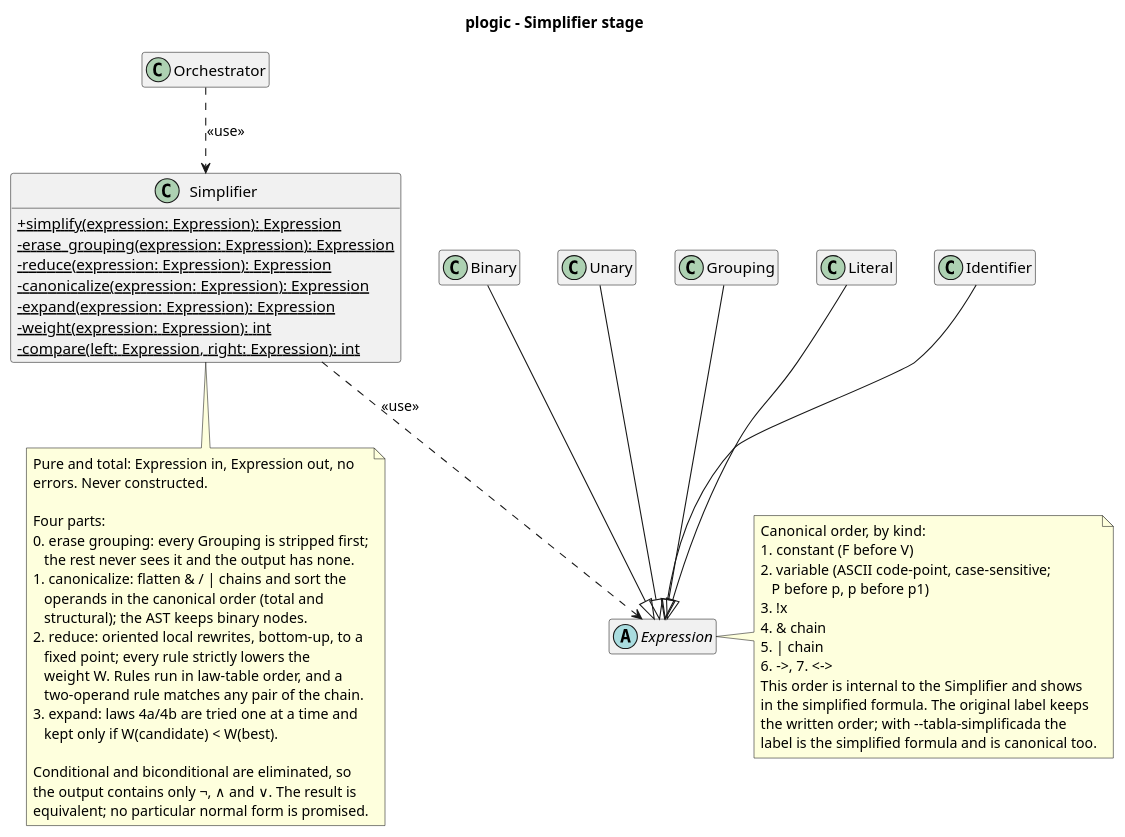
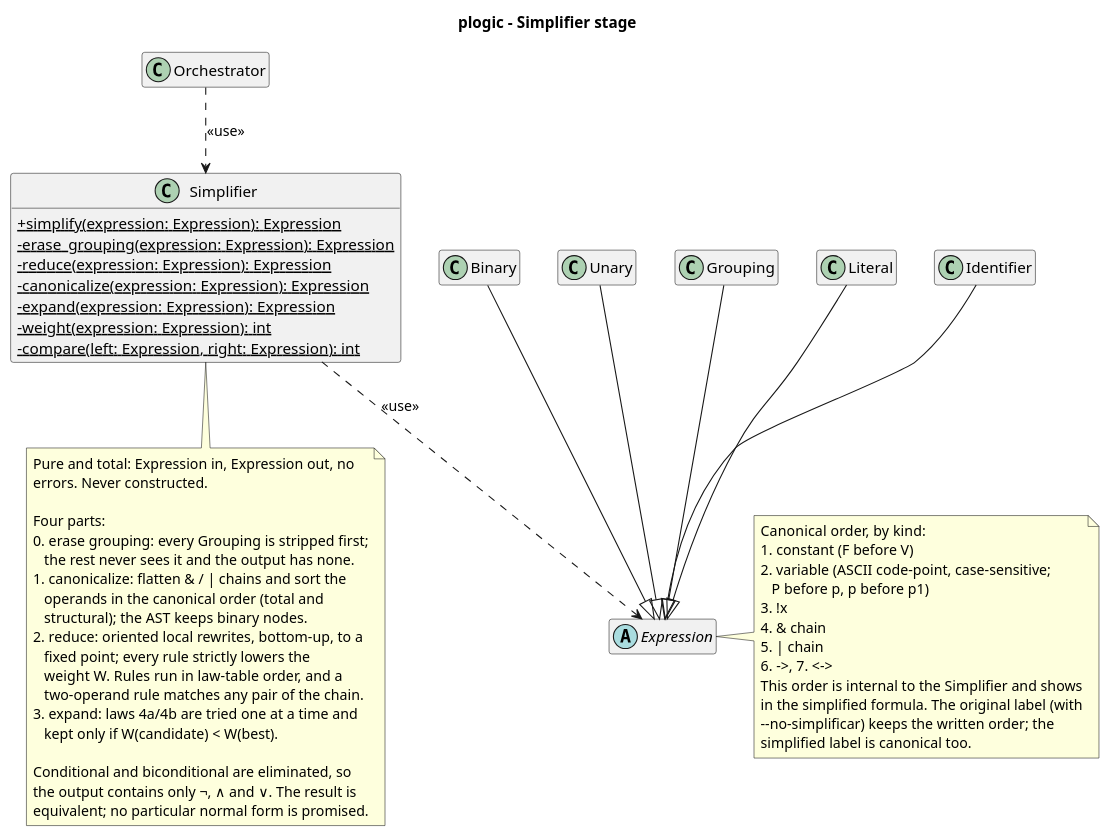
Before and after one commit to Josgtg/plogic: the diagram in design/diagrams/simplifier_class.puml, drawn with PlantUML. The commit also changed 14 other files, not shown here.

```diff
--- a/design/diagrams/simplifier_class.puml
+++ b/design/diagrams/simplifier_class.puml
@@ -1,77 +1,77 @@
 @startuml simplifier_class
 title plogic - Simplifier stage
 
 skinparam classAttributeIconSize 0
 hide empty members
 
 class Orchestrator
 
 class Simplifier {
   +{static} simplify(expression: Expression): Expression
   -{static} erase_grouping(expression: Expression): Expression
   -{static} reduce(expression: Expression): Expression
   -{static} canonicalize(expression: Expression): Expression
   -{static} expand(expression: Expression): Expression
   -{static} weight(expression: Expression): int
   -{static} compare(left: Expression, right: Expression): int
 }
 
 abstract class Expression
 
 class Binary
 
 class Unary
 
 class Grouping
 
 class Literal
 
 class Identifier
 
 note bottom of Simplifier
   Pure and total: Expression in, Expression out, no
   errors. Never constructed.
 
   Four parts:
   0. erase grouping: every Grouping is stripped first;
      the rest never sees it and the output has none.
   1. canonicalize: flatten & / | chains and sort the
      operands in the canonical order (total and
      structural); the AST keeps binary nodes.
   2. reduce: oriented local rewrites, bottom-up, to a
      fixed point; every rule strictly lowers the
      weight W. Rules run in law-table order, and a
      two-operand rule matches any pair of the chain.
   3. expand: laws 4a/4b are tried one at a time and
      kept only if W(candidate) < W(best).
 
   Conditional and biconditional are eliminated, so
   the output contains only ¬, ∧ and ∨. The result is
   equivalent; no particular normal form is promised.
 end note
 
 note right of Expression
   Canonical order, by kind:
   1. constant (F before V)
   2. variable (ASCII code-point, case-sensitive;
      P before p, p before p1)
   3. !x
   4. & chain
   5. | chain
   6. ->, 7. <->
   This order is internal to the Simplifier and shows
-  in the simplified formula. The original label keeps
-  the written order; with --tabla-simplificada the
-  label is the simplified formula and is canonical too.
+  in the simplified formula. The original label (with
+  --no-simplificar) keeps the written order; the
+  simplified label is canonical too.
 end note
 
 Orchestrator ..> Simplifier : <<use>>
 Simplifier ..> Expression : <<use>>
 
 Binary --|> Expression
 Unary --|> Expression
 Grouping --|> Expression
 Literal --|> Expression
 Identifier --|> Expression
 
 @enduml
```
